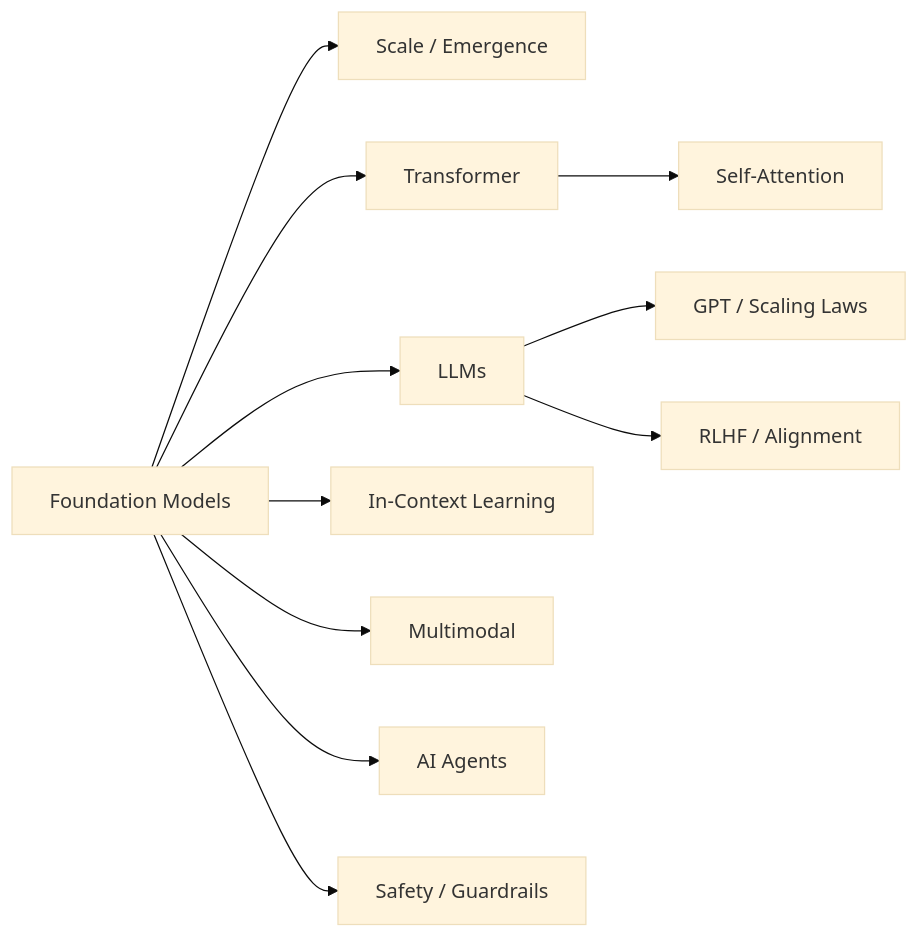
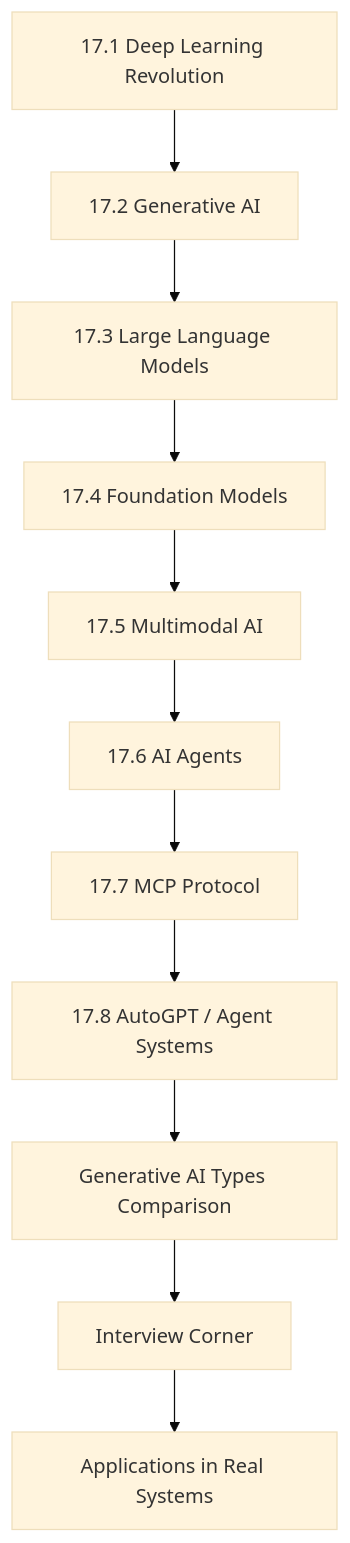
The diagram in docs/courses/artificial-intelligence/17-modern-ai.md (Raushan666java/ai-engineering-journey), drawn with Mermaid (base theme) before and after one commit. The commit also changed other lines of this file and 26 other files, not shown here.

````diff
--- a/docs/courses/artificial-intelligence/17-modern-ai.md
+++ b/docs/courses/artificial-intelligence/17-modern-ai.md
@@ -23,13 +41,13 @@
 ```mermaid
-flowchart LR
-    A[Foundation Models] --> B[Scale / Emergence]
-    A --> C[Transformer]
-    C --> D[Self-Attention]
-    A --> E[LLMs]
-    E --> F[GPT / Scaling Laws]
-    E --> G[RLHF / Alignment]
-    A --> H[In-Context Learning]
-    A --> I[Multimodal]
-    A --> J[AI Agents]
-    A --> K[Safety / Guardrails]
+flowchart TD
+    A["17.1 Deep Learning Revolution"] --> B["17.2 Generative AI"]
+    B --> C["17.3 Large Language Models"]
+    C --> D["17.4 Foundation Models"]
+    D --> E["17.5 Multimodal AI"]
+    E --> F["17.6 AI Agents"]
+    F --> G["17.7 MCP Protocol"]
+    G --> H["17.8 AutoGPT / Agent Systems"]
+    H --> I["Generative AI Types Comparison"]
+    I --> J["Interview Corner"]
+    J --> K["Applications in Real Systems"]
 ```
````
